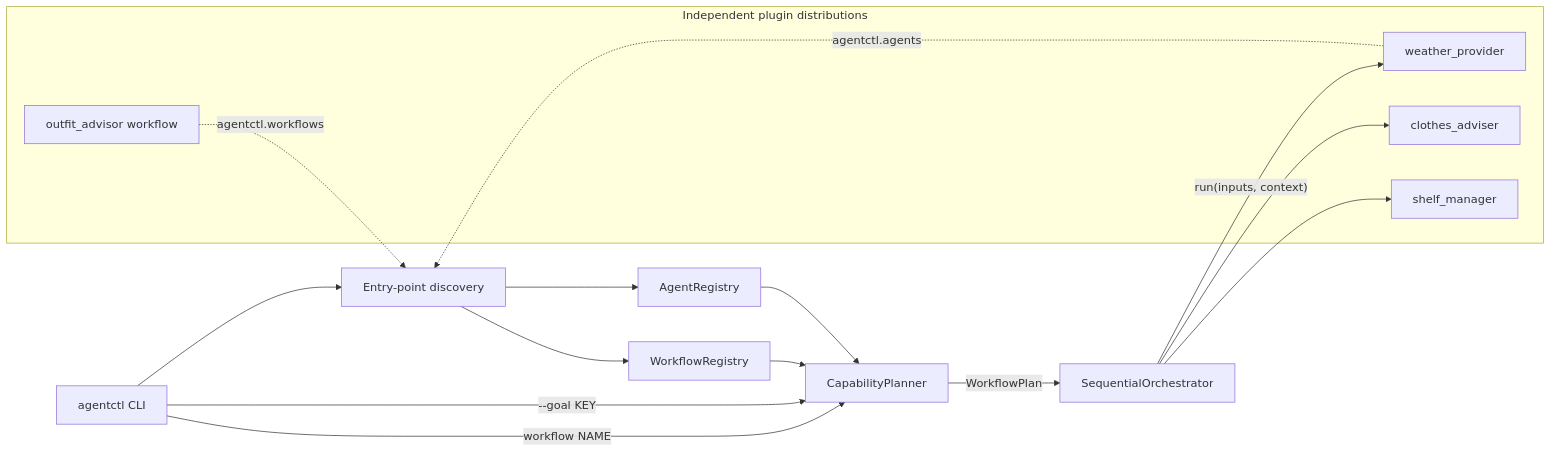
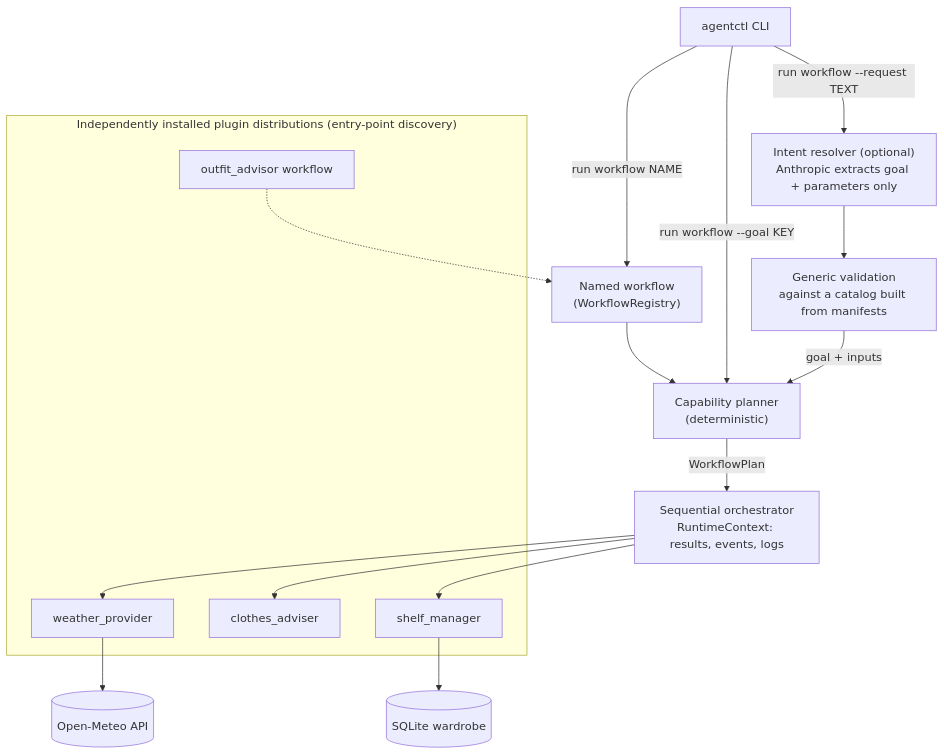
One commit to IshaaS/agentic-workflow-framework changed the diagram in README.md. Above: the diagram before and after it, drawn with Mermaid. The commit also changed other lines of this file and 7 other files, not shown here.

````diff
--- a/README.md
+++ b/README.md
@@ -53,22 +35,21 @@
 ```mermaid
-flowchart LR
-    CLI["agentctl CLI"] --> D["Entry-point discovery"]
-    D --> AR["AgentRegistry"]
-    D --> WR["WorkflowRegistry"]
-    CLI -->|"--goal KEY"| P["CapabilityPlanner"]
-    CLI -->|"workflow NAME"| P
-    AR --> P
-    WR --> P
-    P -->|"WorkflowPlan"| O["SequentialOrchestrator"]
-    O -->|"run(inputs, context)"| A1["weather_provider"]
-    O --> A2["clothes_adviser"]
-    O --> A3["shelf_manager"]
-    subgraph plugins ["Independent plugin distributions"]
-        A1
-        A2
-        A3
-        W["outfit_advisor workflow"]
+flowchart TB
+    CLI["agentctl CLI"]
+    CLI -->|"run workflow NAME"| NW["Named workflow<br/>(WorkflowRegistry)"]
+    CLI -->|"run workflow --goal KEY"| PL
+    CLI -->|"run workflow --request TEXT"| IR["Intent resolver (optional)<br/>Anthropic extracts goal + parameters only"]
+    IR --> VAL["Generic validation<br/>against a catalog built from manifests"]
+    VAL -->|"goal + inputs"| PL["Capability planner<br/>(deterministic)"]
+    NW --> PL
+    PL -->|"WorkflowPlan"| ORC["Sequential orchestrator<br/>RuntimeContext: results, events, logs"]
+    subgraph plugins ["Independently installed plugin distributions (entry-point discovery)"]
+        W["weather_provider"]
+        C["clothes_adviser"]
+        S["shelf_manager"]
+        WF["outfit_advisor workflow"]
     end
-    W -. "agentctl.workflows" .-> D
-    A1 -. "agentctl.agents" .-> D
+    ORC --> W & C & S
+    WF -.-> NW
+    W --> API[("Open-Meteo API")]
+    S --> DB[("SQLite wardrobe")]
 ```
````
